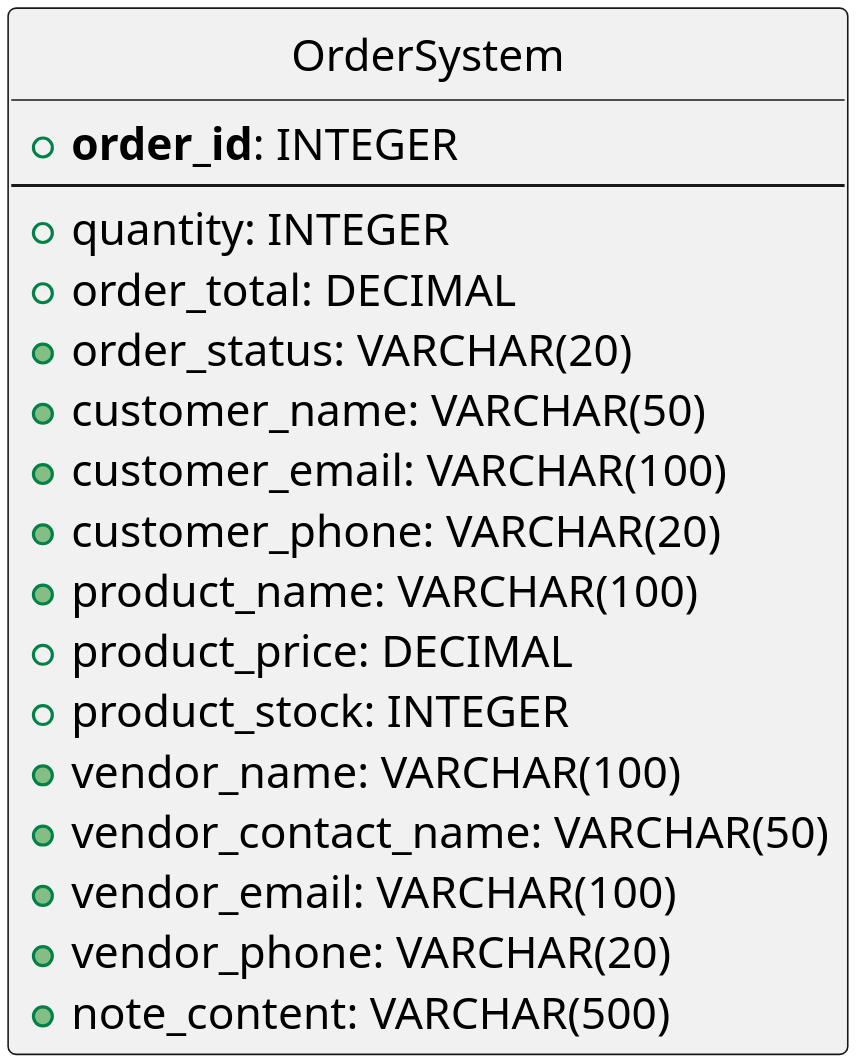
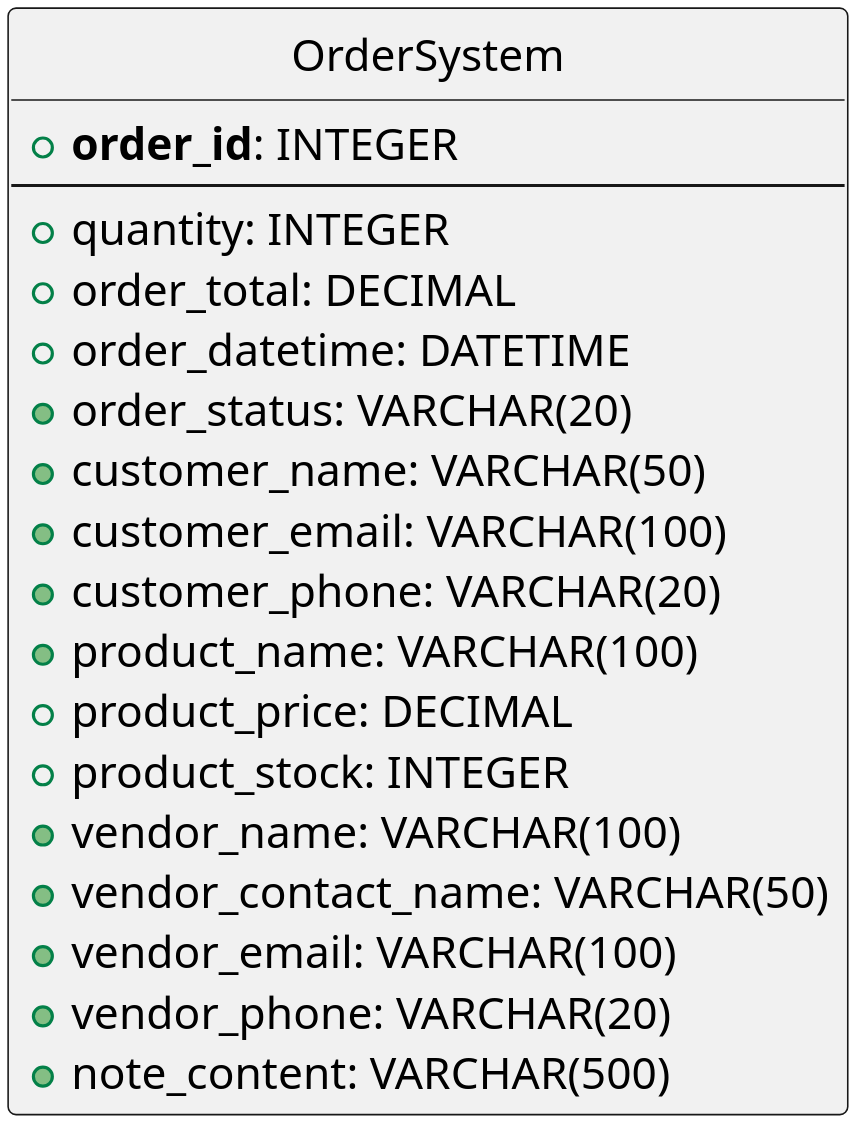
Before and after one commit to Alomory/educational: the diagram in c3123/project/unf.pu, drawn with PlantUML. The commit also changed 11 other files, not shown here.

```diff
--- a/c3123/project/unf.pu
+++ b/c3123/project/unf.pu
@@ -1,26 +1,27 @@
 @startuml
 
 scale 5
 
 hide circle
 
 entity OrderSystem {
   +**order_id**: INTEGER
   ---
   +quantity: INTEGER
   +order_total: DECIMAL
+  +order_datetime: DATETIME
   +order_status: VARCHAR(20)
   +customer_name: VARCHAR(50)
   +customer_email: VARCHAR(100)
   +customer_phone: VARCHAR(20)
   +product_name: VARCHAR(100)
   +product_price: DECIMAL
   +product_stock: INTEGER
   +vendor_name: VARCHAR(100)
   +vendor_contact_name: VARCHAR(50)
   +vendor_email: VARCHAR(100)
   +vendor_phone: VARCHAR(20)
   +note_content: VARCHAR(500)
 }
 
 @enduml
```
